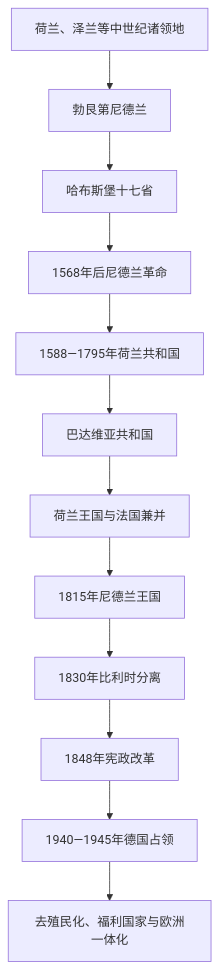
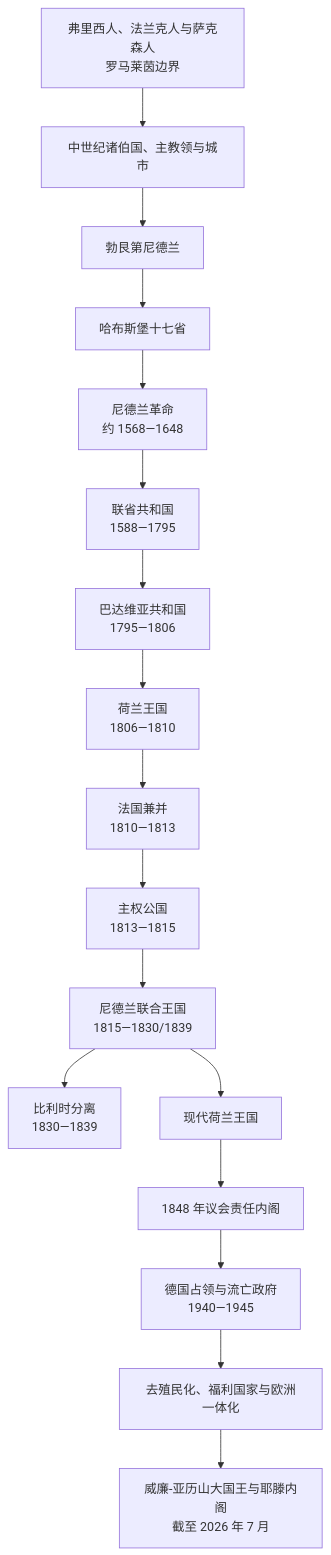
The diagram in 人文科学/历史/欧洲/低地国家/荷兰.md (tianlan-dev/learning-notes), drawn with Mermaid before and after one commit. The commit also changed other lines of this file and 1417 other files, not shown here.

````diff
--- a/人文科学/历史/欧洲/低地国家/荷兰.md
+++ b/人文科学/历史/欧洲/低地国家/荷兰.md
@@ -13,14 +17,19 @@
 ```mermaid
 flowchart TD
-    Counties["荷兰、泽兰等中世纪诸领地"] --> Burgundy["勃艮第尼德兰"]
+    Early["弗里西人、法兰克人与萨克森人<br/>罗马莱茵边界"] --> Medieval["中世纪诸伯国、主教领与城市"]
+    Medieval --> Burgundy["勃艮第尼德兰"]
     Burgundy --> Habsburg["哈布斯堡十七省"]
-    Habsburg --> Revolt["1568年后尼德兰革命"]
-    Revolt --> Republic["1588—1795年荷兰共和国"]
-    Republic --> Batavian["巴达维亚共和国"]
-    Batavian --> Napoleon["荷兰王国与法国兼并"]
-    Napoleon --> Kingdom["1815年尼德兰王国"]
-    Kingdom --> BelgiumSplit["1830年比利时分离"]
-    BelgiumSplit --> Constitution["1848年宪政改革"]
-    Constitution --> Occupation["1940—1945年德国占领"]
+    Habsburg --> Revolt["尼德兰革命<br/>约 1568—1648"]
+    Revolt --> Republic["联省共和国<br/>1588—1795"]
+    Republic --> Batavian["巴达维亚共和国<br/>1795—1806"]
+    Batavian --> Holland["荷兰王国<br/>1806—1810"]
+    Holland --> France["法国兼并<br/>1810—1813"]
+    France --> Prince["主权公国<br/>1813—1815"]
+    Prince --> United["尼德兰联合王国<br/>1815—1830/1839"]
+    United --> Belgium["比利时分离<br/>1830—1839"]
+    United --> Kingdom["现代荷兰王国"]
+    Kingdom --> Constitution["1848 年议会责任内阁"]
+    Constitution --> Occupation["德国占领与流亡政府<br/>1940—1945"]
     Occupation --> Postwar["去殖民化、福利国家与欧洲一体化"]
+    Postwar --> Current["威廉-亚历山大国王与耶滕内阁<br/>截至 2026 年 7 月"]
 ```
````
